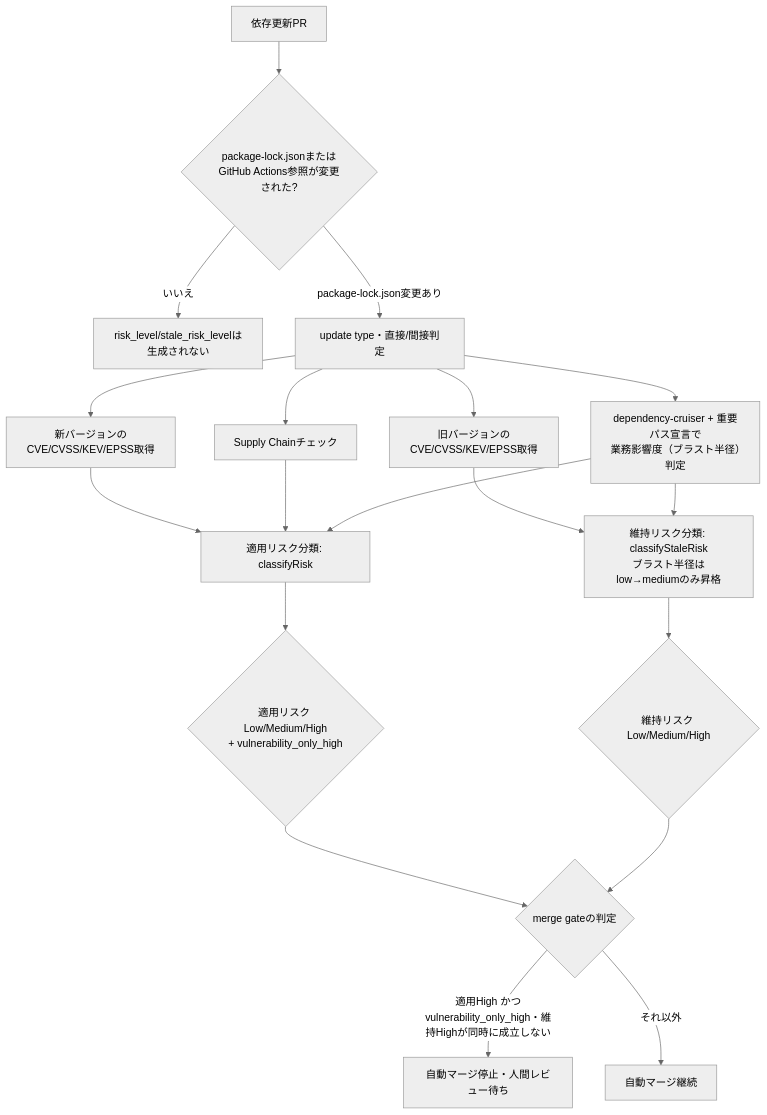
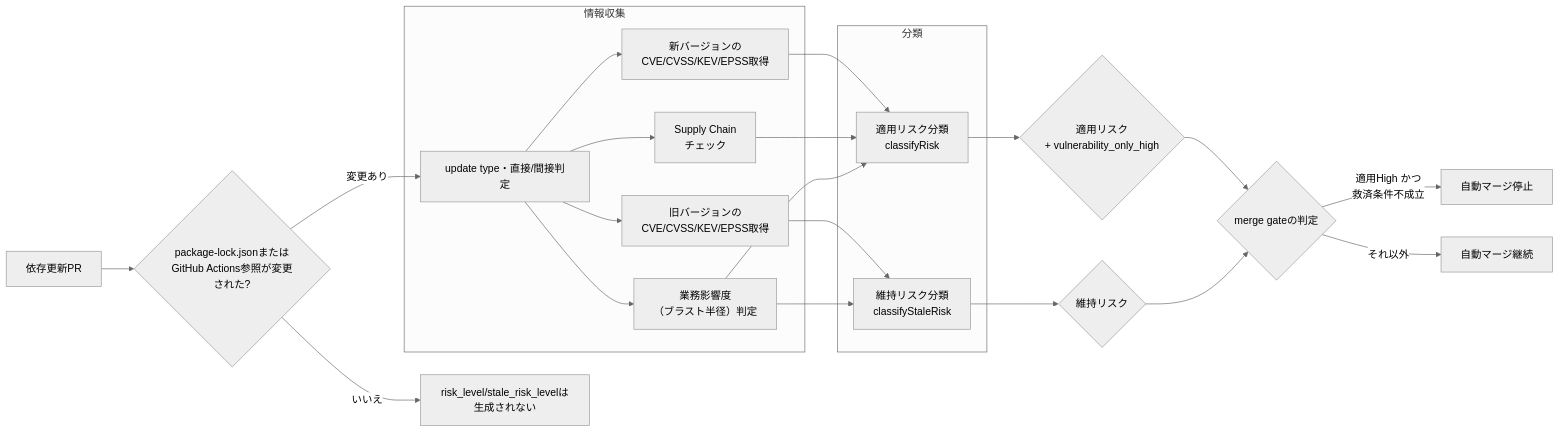
Before and after one commit to bamiyanapp/dev-standards: the first of 4 diagrams in docs/dependency-risk-judgment.md, drawn with Mermaid (neutral theme). The commit also changed other lines of this file and 7 other files, not shown here.

First line of the commit message:
docs(dependency-risk): mermaid図の畳み込み漏れとレイアウトを修正する (#1045)

````diff
--- a/docs/dependency-risk-judgment.md
+++ b/docs/dependency-risk-judgment.md
@@ -10,21 +11,25 @@
 ```mermaid
-flowchart TD
+flowchart LR
     A[依存更新PR] --> B{package-lock.jsonまたは<br/>GitHub Actions参照が変更された?}
     B -->|いいえ| C[risk_level/stale_risk_levelは生成されない]
-    B -->|package-lock.json変更あり| D[update type・直接/間接判定]
-    D --> E[新バージョンのCVE/CVSS/KEV/EPSS取得]
-    D --> F[旧バージョンのCVE/CVSS/KEV/EPSS取得]
-    D --> G[Supply Chainチェック]
-    D --> H[dependency-cruiser + 重要パス宣言で<br/>業務影響度（ブラスト半径）判定]
-    E --> I[適用リスク分類: classifyRisk]
-    G --> I
-    H --> I
-    F --> J[維持リスク分類: classifyStaleRisk<br/>ブラスト半径はlow→mediumのみ昇格]
-    H --> J
-    I --> K{適用リスク Low/Medium/High<br/>+ vulnerability_only_high}
-    J --> L{維持リスク Low/Medium/High}
+    B -->|変更あり| D[update type・直接/間接判定]
+    subgraph 情報収集
+        D --> E[新バージョンの<br/>CVE/CVSS/KEV/EPSS取得]
+        D --> F[旧バージョンの<br/>CVE/CVSS/KEV/EPSS取得]
+        D --> G[Supply Chain<br/>チェック]
+        D --> H[業務影響度<br/>（ブラスト半径）判定]
+    end
+    subgraph 分類
+        E --> I[適用リスク分類<br/>classifyRisk]
+        G --> I
+        H --> I
+        F --> J[維持リスク分類<br/>classifyStaleRisk]
+        H --> J
+    end
+    I --> K{適用リスク<br/>+ vulnerability_only_high}
+    J --> L{維持リスク}
     K --> M{merge gateの判定}
     L --> M
-    M -->|適用High かつ<br/>vulnerability_only_high・維持Highが同時に成立しない| N[自動マージ停止・人間レビュー待ち]
+    M -->|適用High かつ<br/>救済条件不成立| N[自動マージ停止]
     M -->|それ以外| O[自動マージ継続]
 ```
````
